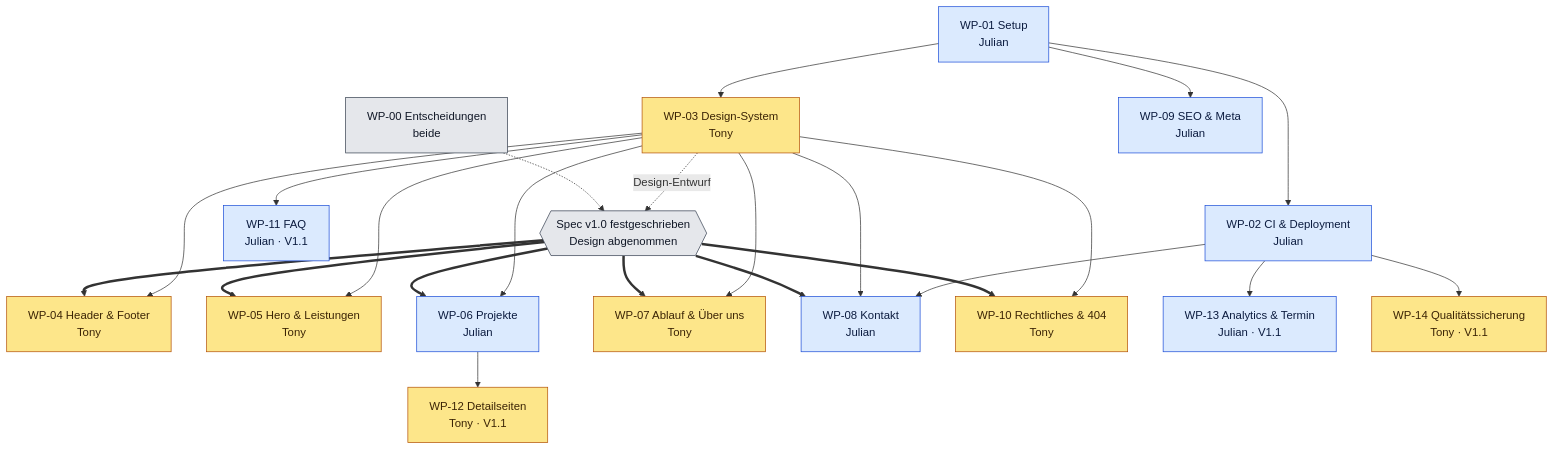
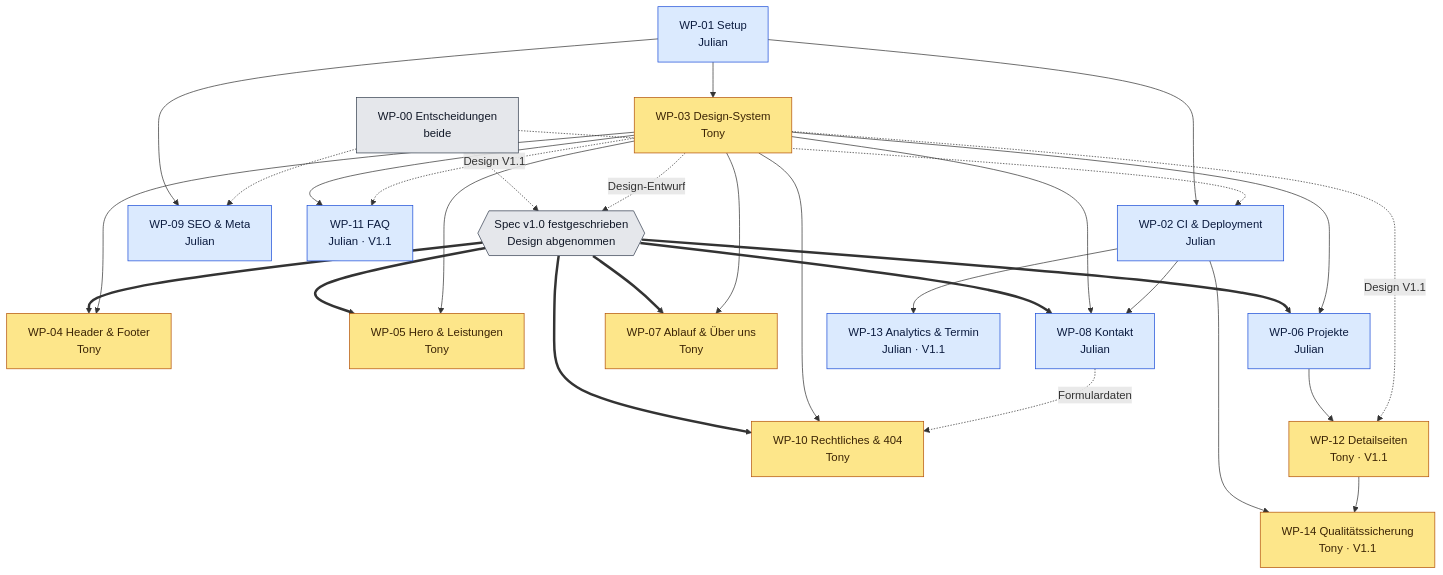
One commit to JulianRudrich/Landingpage changed the diagram in docs/pakete/README.md. Above: the diagram before and after it, drawn with Mermaid. The commit also changed other lines of this file and 45 other files, not shown here.

````diff
--- a/docs/pakete/README.md
+++ b/docs/pakete/README.md
@@ -45,37 +45,41 @@
 ```mermaid
 graph TD
   WP00["WP-00 Entscheidungen<br/>beide"]
   WP01["WP-01 Setup<br/>Julian"]
   WP02["WP-02 CI & Deployment<br/>Julian"]
   WP03["WP-03 Design-System<br/>Tony"]
   WP04["WP-04 Header & Footer<br/>Tony"]
   WP05["WP-05 Hero & Leistungen<br/>Tony"]
   WP06["WP-06 Projekte<br/>Julian"]
   WP07["WP-07 Ablauf & Über uns<br/>Tony"]
   WP08["WP-08 Kontakt<br/>Julian"]
   WP09["WP-09 SEO & Meta<br/>Julian"]
   WP10["WP-10 Rechtliches & 404<br/>Tony"]
   WP11["WP-11 FAQ<br/>Julian · V1.1"]
   WP12["WP-12 Detailseiten<br/>Tony · V1.1"]
   WP13["WP-13 Analytics & Termin<br/>Julian · V1.1"]
   WP14["WP-14 Qualitätssicherung<br/>Tony · V1.1"]
 
   GATE{{"Spec v1.0 festgeschrieben<br/>Design abgenommen"}}
 
   WP01 --> WP02
   WP01 --> WP03
   WP01 --> WP09
   WP00 -.-> GATE
+  WP00 -.-> WP02 & WP09
   WP03 -.->|Design-Entwurf| GATE
   GATE ==> WP04 & WP05 & WP06 & WP07 & WP08 & WP10
   WP03 --> WP04 & WP05 & WP06 & WP07 & WP08 & WP10 & WP11
   WP02 --> WP08 & WP13 & WP14
   WP06 --> WP12
+  WP08 -.->|Formulardaten| WP10
+  WP12 --> WP14
+  WP03 -.->|Design V1.1| WP11 & WP12
 
   classDef julian fill:#dbeafe,stroke:#1d4ed8,color:#0b1b3f
   classDef tony fill:#fde68a,stroke:#b45309,color:#3b2405
   classDef both fill:#e5e7eb,stroke:#374151,color:#111827
   class WP01,WP02,WP06,WP08,WP09,WP11,WP13 julian
   class WP03,WP04,WP05,WP07,WP10,WP12,WP14 tony
   class WP00,GATE both
 ```
````
